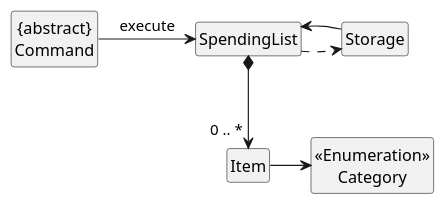
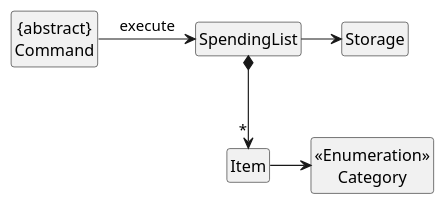
One commit to xieyaoyue/tp changed the diagram in src/uml/spendingListClass.puml. Above: the diagram before and after it, drawn with PlantUML. The commit also changed 6 other files, not shown here.

Commit message:
Update UML for architecture, repayment, spending lists

```diff
--- a/src/uml/spendingListClass.puml
+++ b/src/uml/spendingListClass.puml
@@ -1,18 +1,17 @@
 @startuml
 
 hide circle
 hide members
 skinparam classAttributeIconSize 0
 
 class SpendingList
 class Item
 Enum "<<Enumeration>>\nCategory"
 class "{abstract}\nCommand"
 
-SpendingList *--> "0 .. *" Item
+SpendingList *--> "*" Item
 Item -> "<<Enumeration>>\nCategory"
 "{abstract}\nCommand" -right-> SpendingList : execute
-SpendingList ..> Storage
-Storage -> SpendingList
+SpendingList -> Storage
 
 @enduml
```
